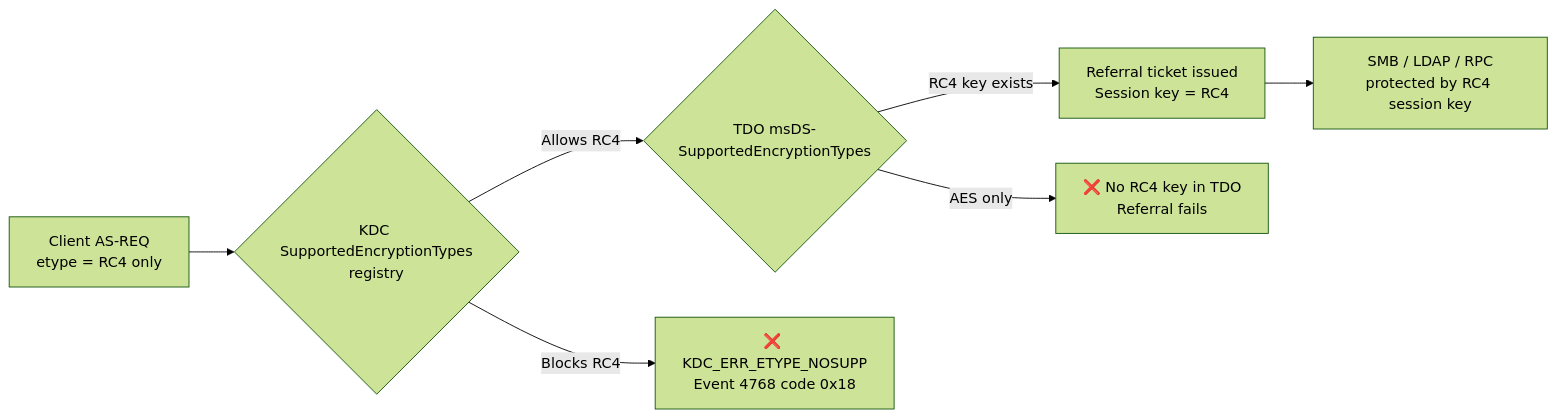
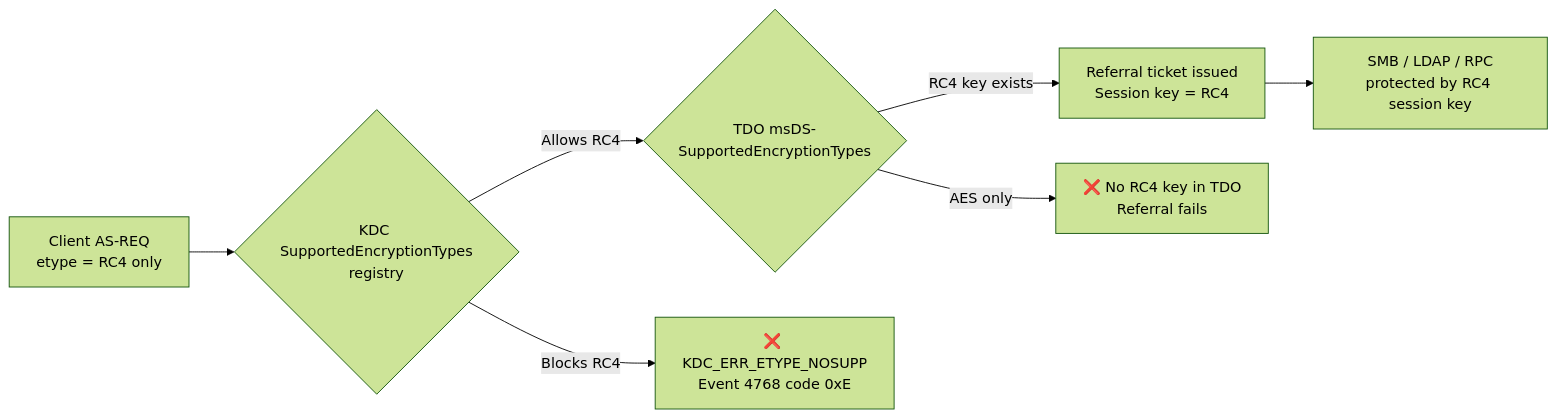
The third of 5 diagrams in 060 - Active Directory/Hardening/Hardening Kerberos Encryption on AD Trusts/Hardening Kerberos Encryption on AD Trusts.md (0xMati/Tech-Blog), drawn with Mermaid (forest theme) before and after one commit. The commit also changed other lines of this file and 1 other file, not shown here.

````diff
--- a/060 - Active Directory/Hardening/Hardening Kerberos Encryption on AD Trusts/Hardening Kerberos Encryption on AD Trusts.md
+++ b/060 - Active Directory/Hardening/Hardening Kerberos Encryption on AD Trusts/Hardening Kerberos Encryption on AD Trusts.md
@@ -387,9 +427,9 @@
 ```mermaid
 flowchart LR
     A[Client AS-REQ<br/>etype = RC4 only] --> B{KDC SupportedEncryptionTypes<br/>registry}
     B -- Allows RC4 --> C{TDO msDS-SupportedEncryptionTypes}
-    B -- Blocks RC4 --> X1[❌ KDC_ERR_ETYPE_NOSUPP<br/>Event 4768 code 0x18]
+    B -- Blocks RC4 --> X1[❌ KDC_ERR_ETYPE_NOSUPP<br/>Event 4768 code 0xE]
     C -- RC4 key exists --> D[Referral ticket issued<br/>Session key = RC4]
     C -- AES only --> X2[❌ No RC4 key in TDO<br/>Referral fails]
     D --> E[SMB / LDAP / RPC<br/>protected by RC4 session key]
 ```
````
